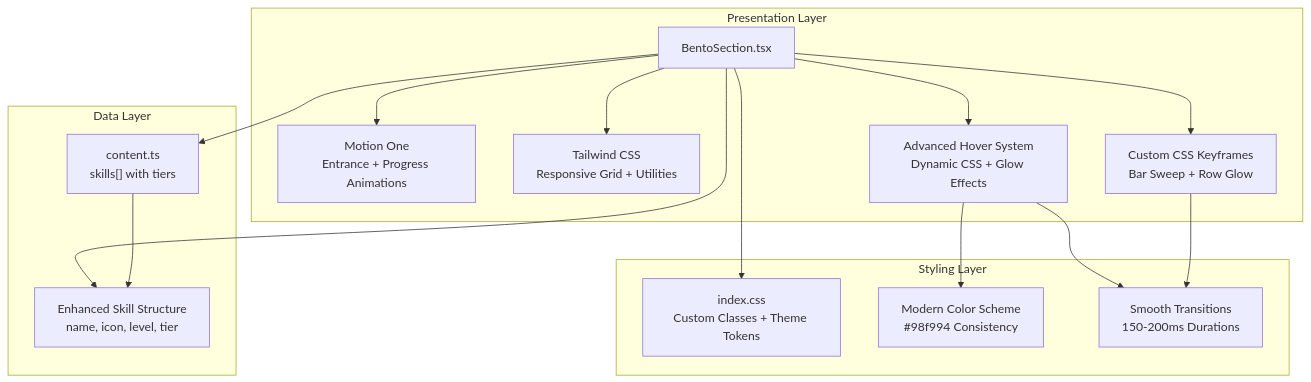
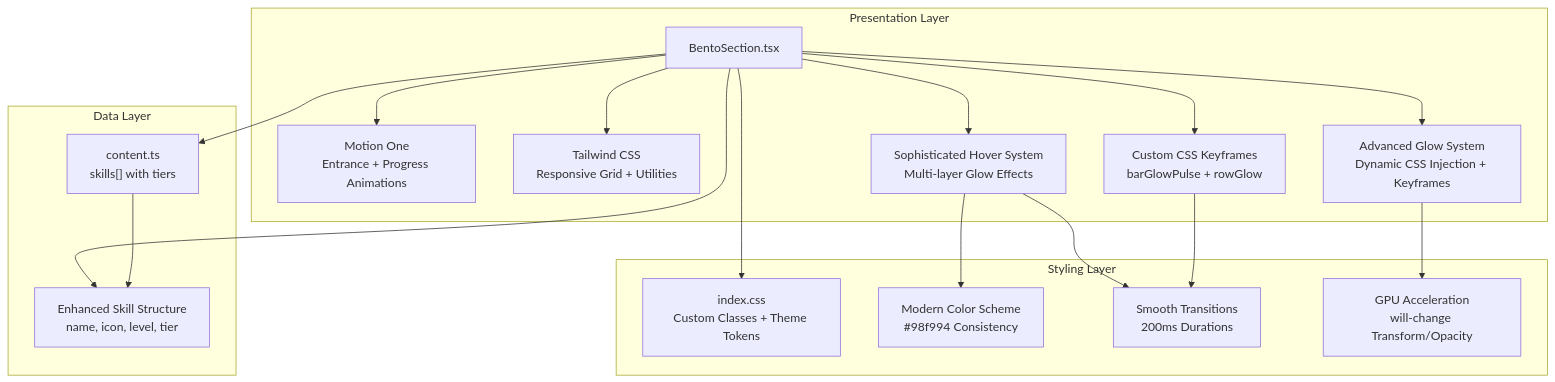
One commit to subash7781/Portfolio changed the second of 4 diagrams in .qoder/repowiki/en/content/Component Library & UI Elements/BentoSection Component.md. Above: the diagram before and after it, drawn with Mermaid. The commit also changed other lines of this file and 9 other files, not shown here.

````diff
--- a/.qoder/repowiki/en/content/Component Library & UI Elements/BentoSection Component.md
+++ b/.qoder/repowiki/en/content/Component Library & UI Elements/BentoSection Component.md
@@ -80,30 +80,34 @@
 ```mermaid
 graph TB
 subgraph "Presentation Layer"
 Bento["BentoSection.tsx"]
 Motion["Motion One<br/>Entrance + Progress Animations"]
 Tailwind["Tailwind CSS<br/>Responsive Grid + Utilities"]
-HoverSystem["Advanced Hover System<br/>Dynamic CSS + Glow Effects"]
-Keyframes["Custom CSS Keyframes<br/>Bar Sweep + Row Glow"]
+GlowSystem["Advanced Glow System<br/>Dynamic CSS Injection + Keyframes"]
+HoverSystem["Sophisticated Hover System<br/>Multi-layer Glow Effects"]
+Keyframes["Custom CSS Keyframes<br/>barGlowPulse + rowGlow"]
 end
 subgraph "Data Layer"
 Content["content.ts<br/>skills[] with tiers"]
 SkillType["Enhanced Skill Structure<br/>name, icon, level, tier"]
 end
 subgraph "Styling Layer"
 BaseCSS["index.css<br/>Custom Classes + Theme Tokens"]
 ModernScheme["Modern Color Scheme<br/>#98f994 Consistency"]
-TransitionEffects["Smooth Transitions<br/>150-200ms Durations"]
+TransitionEffects["Smooth Transitions<br/>200ms Durations"]
+GPUAcceleration["GPU Acceleration<br/>will-change Transform/Opacity"]
 end
 Bento --> Motion
 Bento --> Tailwind
+Bento --> GlowSystem
 Bento --> HoverSystem
 Bento --> Keyframes
 Bento --> Content
 Bento --> SkillType
 Bento --> BaseCSS
 HoverSystem --> ModernScheme
 HoverSystem --> TransitionEffects
 Keyframes --> TransitionEffects
+GlowSystem --> GPUAcceleration
 Content --> SkillType
 ```
````
